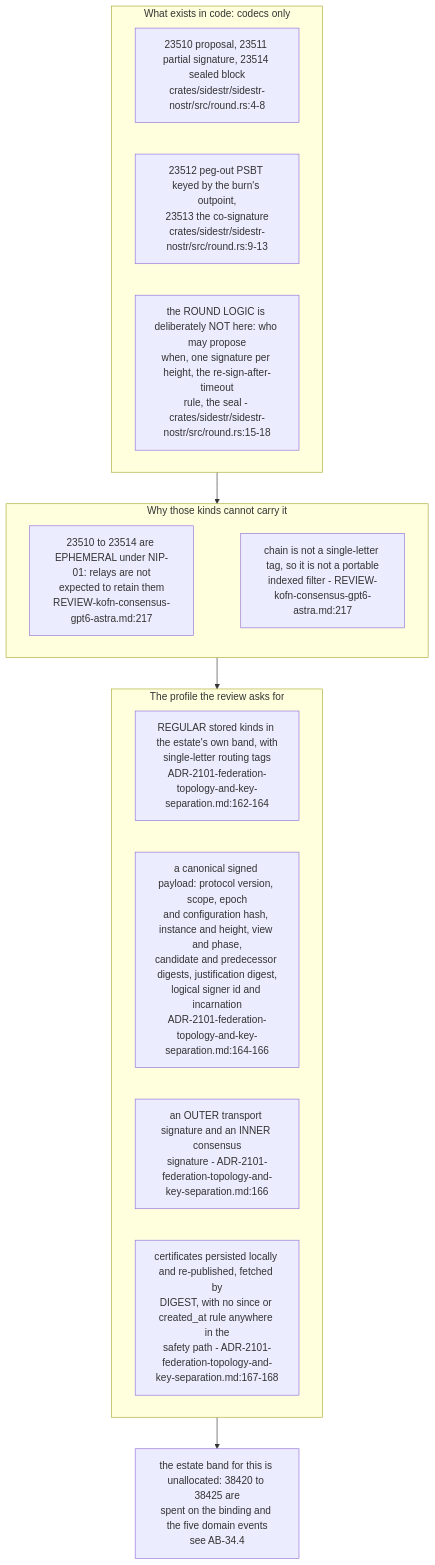
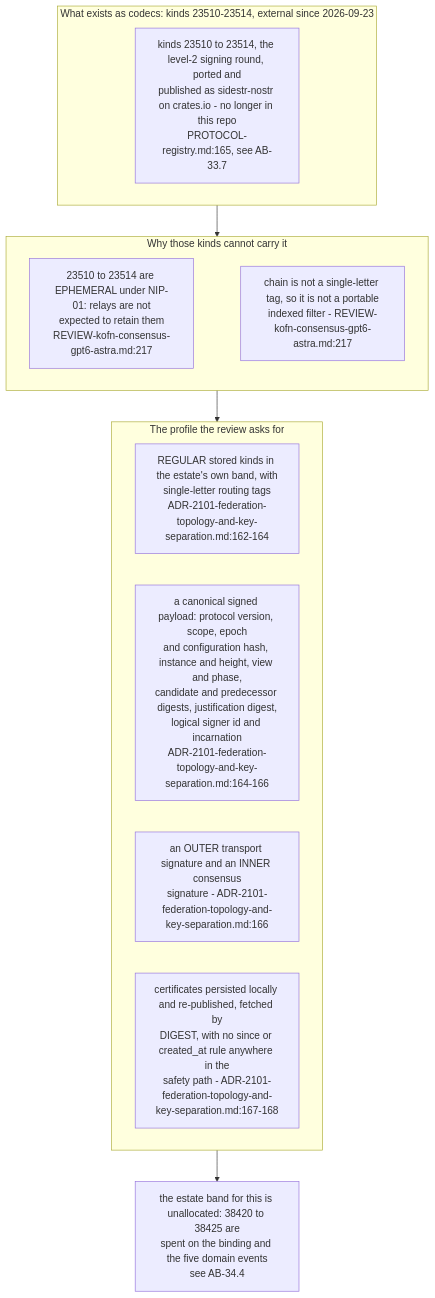
Before and after one commit to DreamLab-AI/VisionFlow: the third of 5 diagrams in docs/diagrams/agentbox/35-sidestr-level-2-consensus.md, drawn with Mermaid. The commit also changed other lines of this file and 136 other files, not shown here.

First line of the commit message:
docs(diagrams): refresh the whole corpus to code HEAD and prune low-value diagrams

````diff
--- a/docs/diagrams/agentbox/35-sidestr-level-2-consensus.md
+++ b/docs/diagrams/agentbox/35-sidestr-level-2-consensus.md
@@ -82,22 +80,20 @@
 ```mermaid
 flowchart TB
-    subgraph have["What exists in code: codecs only"]
-        C1["23510 proposal, 23511 partial signature, 23514 sealed block<br/>crates/sidestr/sidestr-nostr/src/round.rs:4-8"]
-        C2["23512 peg-out PSBT keyed by the burn's outpoint,<br/>23513 the co-signature<br/>crates/sidestr/sidestr-nostr/src/round.rs:9-13"]
-        C3["the ROUND LOGIC is deliberately NOT here: who may propose<br/>when, one signature per height, the re-sign-after-timeout<br/>rule, the seal - crates/sidestr/sidestr-nostr/src/round.rs:15-18"]
+    subgraph have["What exists as codecs: kinds 23510-23514, external since 2026-09-23"]
+        C1["kinds 23510 to 23514, the level-2 signing round, ported and<br/>published as sidestr-nostr on crates.io - no longer in this repo<br/>PROTOCOL-registry.md:165, see AB-33.7"]
     end
     subgraph broken["Why those kinds cannot carry it"]
         B1["23510 to 23514 are EPHEMERAL under NIP-01: relays are not<br/>expected to retain them<br/>REVIEW-kofn-consensus-gpt6-astra.md:217"]
         B2["chain is not a single-letter tag, so it is not a portable<br/>indexed filter - REVIEW-kofn-consensus-gpt6-astra.md:217"]
         B1 ~~~ B2
     end
     subgraph want["The profile the review asks for"]
         W1["REGULAR stored kinds in the estate's own band, with<br/>single-letter routing tags<br/>ADR-2101-federation-topology-and-key-separation.md:162-164"]
         W2["a canonical signed payload: protocol version, scope, epoch<br/>and configuration hash, instance and height, view and phase,<br/>candidate and predecessor digests, justification digest,<br/>logical signer id and incarnation<br/>ADR-2101-federation-topology-and-key-separation.md:164-166"]
         W3["an OUTER transport signature and an INNER consensus<br/>signature - ADR-2101-federation-topology-and-key-separation.md:166"]
         W4["certificates persisted locally and re-published, fetched by<br/>DIGEST, with no since or created_at rule anywhere in the<br/>safety path - ADR-2101-federation-topology-and-key-separation.md:167-168"]
     end
     have --> broken
     broken --> want
     want --> BAND["the estate band for this is unallocated: 38420 to 38425 are<br/>spent on the binding and the five domain events<br/>see AB-34.4"]
 ```
````
